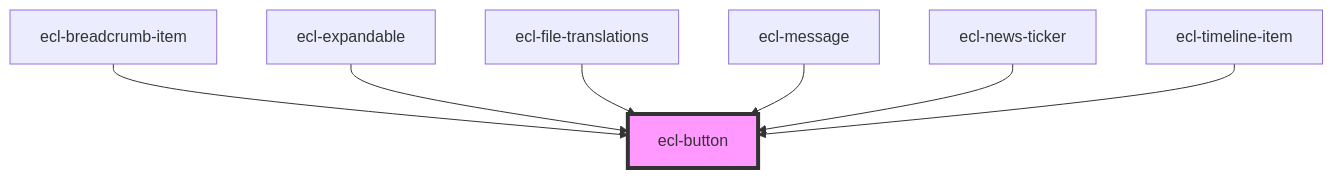
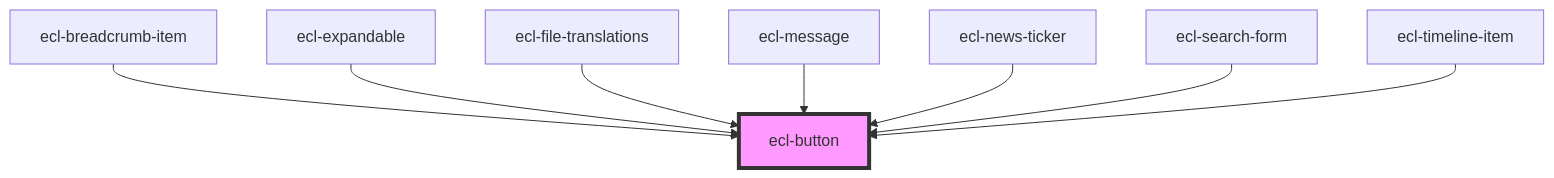
The diagram in src/components/ecl-button/readme.md (ec-europa/ecl-webcomponents), drawn with Mermaid before and after one commit. The commit also changed other lines of this file and 14 other files, not shown here.

Commit message:
chore(webcomponents): Adding search form

````diff
--- a/src/components/ecl-button/readme.md
+++ b/src/components/ecl-button/readme.md
@@ -27,10 +28,11 @@
 ```mermaid
 graph TD;
   ecl-breadcrumb-item --> ecl-button
   ecl-expandable --> ecl-button
   ecl-file-translations --> ecl-button
   ecl-message --> ecl-button
   ecl-news-ticker --> ecl-button
+  ecl-search-form --> ecl-button
   ecl-timeline-item --> ecl-button
   style ecl-button fill:#f9f,stroke:#333,stroke-width:4px
 ```
````
